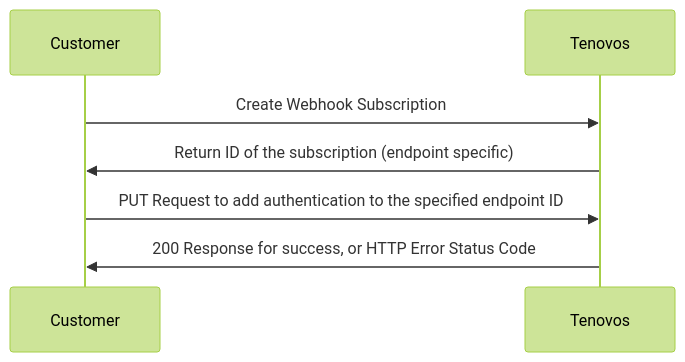
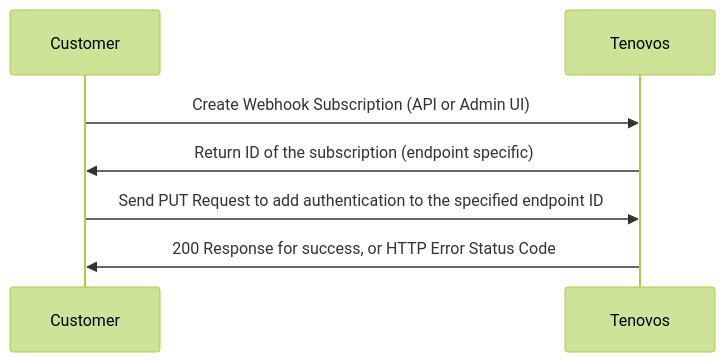
Before and after one commit to brian-tenovos/tnvs-api-dev-portal: the diagram in developer-portal/webhooks/authentication.md, drawn with Mermaid (forest theme). The commit also changed other lines of this file, not shown here.

Commit message:
webhook auth for Oauth changes

````diff
--- a/developer-portal/webhooks/authentication.md
+++ b/developer-portal/webhooks/authentication.md
@@ -12,9 +22,9 @@
 ```mermaid
 sequenceDiagram
     participant Customer
     participant Tenovos
-    Customer->>Tenovos: Create Webhook Subscription
+    Customer->>Tenovos: Create Webhook Subscription (API or Admin UI)
     Tenovos->>Customer: Return ID of the subscription (endpoint specific)
-    Customer->>Tenovos: PUT Request to add authentication to the specified endpoint ID
+    Customer->>Tenovos: Send PUT Request to add authentication to the specified endpoint ID
     Tenovos->>Customer: 200 Response for success, or HTTP Error Status Code
 ```
````
